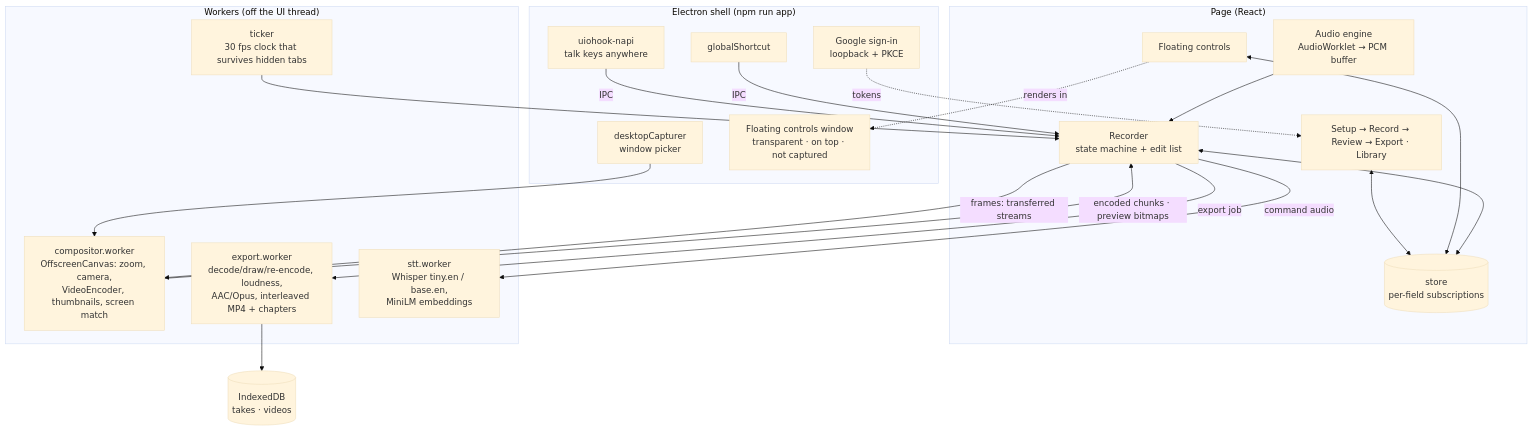
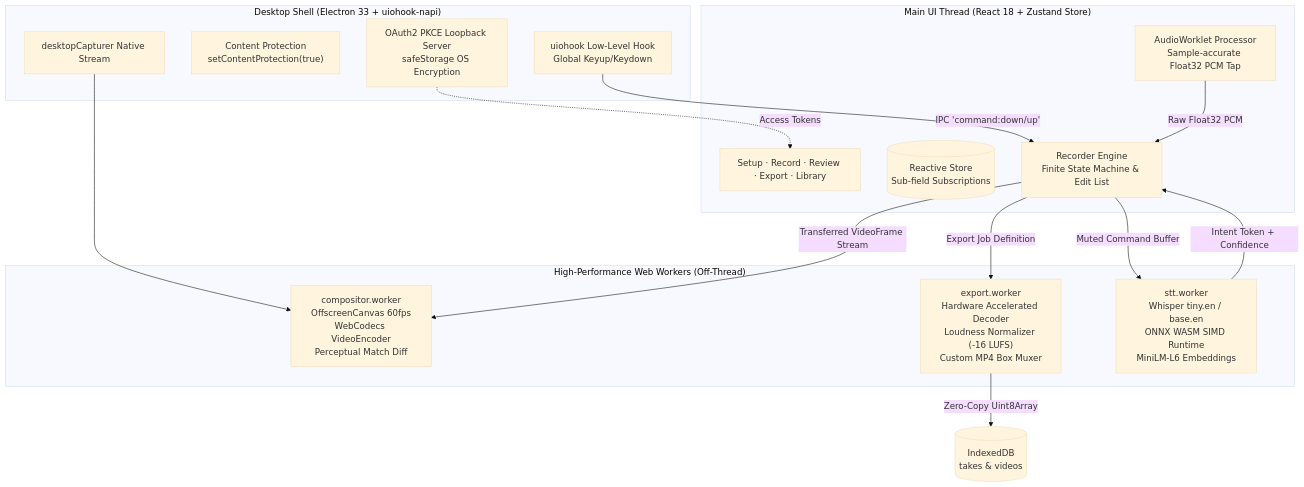
Before and after one commit to ScRocXx/Take1: the second of 2 diagrams in README.md, drawn with Mermaid (base theme). The commit also changed other lines of this file, not shown here.

Commit message:
docs: elevate README with evaluator scorecard, architecture deep-dive, and technical benchmarks

````diff
--- a/README.md
+++ b/README.md
@@ -340,42 +135,32 @@
 ```mermaid
 flowchart TB
-    subgraph Desktop["Electron shell (npm run app)"]
-        HOOK["uiohook-napi<br/>talk keys anywhere"]
-        GS["globalShortcut"]
-        PICK["desktopCapturer<br/>window picker"]
-        RAILW["Floating controls window<br/>transparent · on top · not captured"]
-        GAUTH["Google sign-in<br/>loopback + PKCE"]
+    subgraph DesktopShell["Desktop Shell (Electron 33 + uiohook-napi)"]
+        HOOK["uiohook Low-Level Hook<br/>Global Keyup/Keydown"]
+        PROT["Content Protection<br/>setContentProtection(true)"]
+        PICKER["desktopCapturer Native Stream"]
+        OAUTH["OAuth2 PKCE Loopback Server<br/>safeStorage OS Encryption"]
     end
 
-    subgraph Page["Page (React)"]
-        UI["Setup → Record → Review → Export · Library"]
-        FC["Floating controls"]
-        STORE[("store<br/>per-field subscriptions")]
-        REC["Recorder<br/>state machine + edit list"]
-        AUD["Audio engine<br/>AudioWorklet → PCM buffer"]
+    subgraph MainThread["Main UI Thread (React 18 + Zustand Store)"]
+        UI["Setup · Record · Review · Export · Library"]
+        STORE[("Reactive Store<br/>Sub-field Subscriptions")]
+        REC["Recorder Engine<br/>Finite State Machine & Edit List"]
+        WORKLET["AudioWorklet Processor<br/>Sample-accurate Float32 PCM Tap"]
     end
 
-    subgraph Workers["Workers (off the UI thread)"]
-        COMP["compositor.worker<br/>OffscreenCanvas: zoom, camera,<br/>VideoEncoder, thumbnails, screen match"]
-        EXP["export.worker<br/>decode/draw/re-encode, loudness,<br/>AAC/Opus, interleaved MP4 + chapters"]
-        STT["stt.worker<br/>Whisper tiny.en / base.en,<br/>MiniLM embeddings"]
-        TICK["ticker<br/>30 fps clock that survives hidden tabs"]
+    subgraph WebWorkers["High-Performance Web Workers (Off-Thread)"]
+        CW["compositor.worker<br/>OffscreenCanvas 60fps<br/>WebCodecs VideoEncoder<br/>Perceptual Match Diff"]
+        EW["export.worker<br/>Hardware Accelerated Decoder<br/>Loudness Normalizer (-16 LUFS)<br/>Custom MP4 Box Muxer"]
+        STTW["stt.worker<br/>Whisper tiny.en / base.en<br/>ONNX WASM SIMD Runtime<br/>MiniLM-L6 Embeddings"]
     end
 
-    DB[("IndexedDB<br/>takes · videos")]
-
-    HOOK & GS -->|IPC| REC
-    PICK --> COMP
-    UI <--> STORE
-    FC <--> STORE
-    FC -. renders in .-> RAILW
-    REC <--> STORE
-    TICK --> REC
-    REC -->|"frames: transferred streams"| COMP
-    COMP -->|encoded chunks · preview bitmaps| REC
-    AUD --> REC
-    REC -->|command audio| STT
-    REC -->|export job| EXP
-    EXP --> DB
-    GAUTH -. tokens .-> UI
+    HOOK -->|IPC 'command:down/up'| REC
+    PICKER --> CW
+    WORKLET -->|Raw Float32 PCM| REC
+    REC -->|Transferred VideoFrame Stream| CW
+    REC -->|Muted Command Buffer| STTW
+    STTW -->|Intent Token + Confidence| REC
+    REC -->|Export Job Definition| EW
+    EW -->|Zero-Copy Uint8Array| DB[("IndexedDB<br/>takes & videos")]
+    OAUTH -. Access Tokens .-> UI
 ```
````
